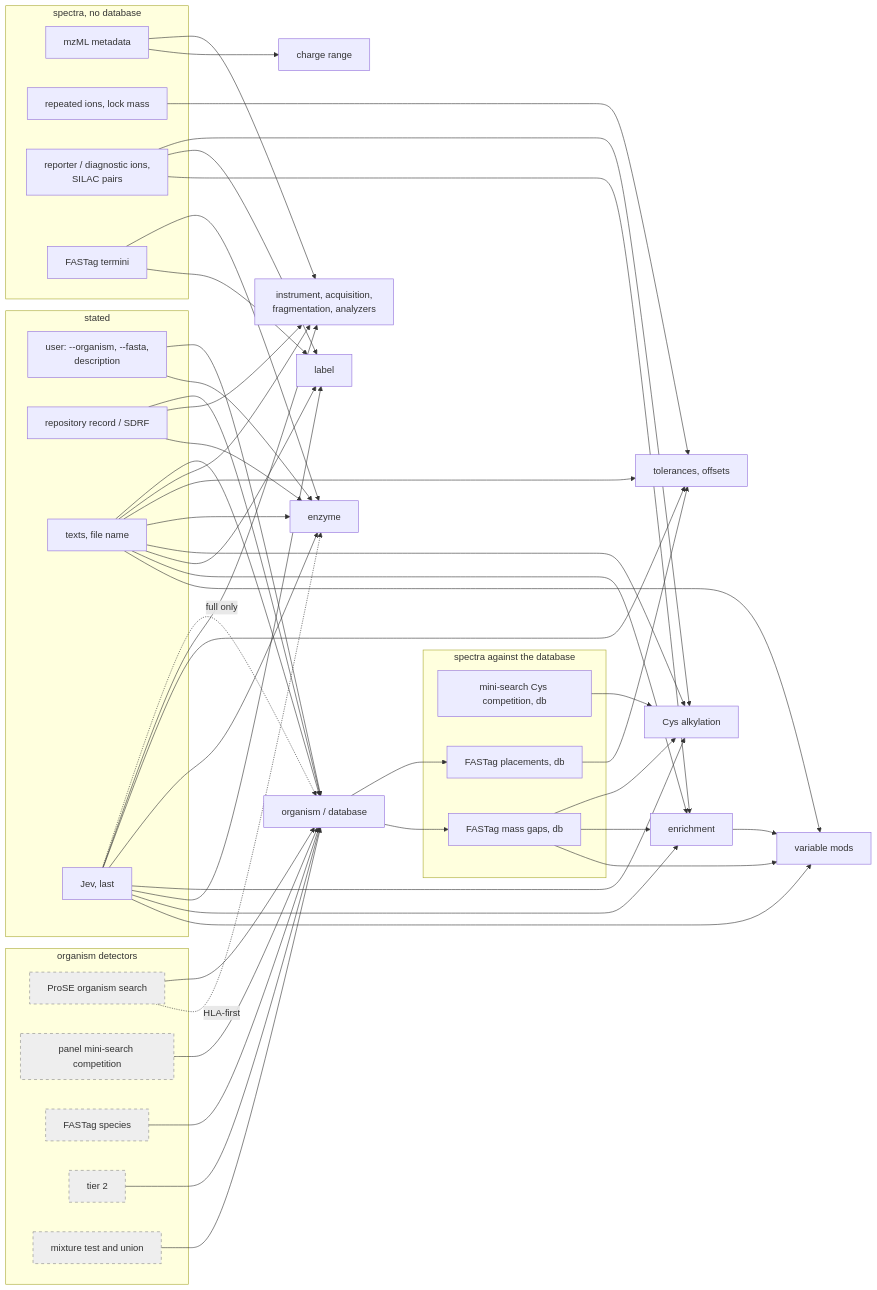
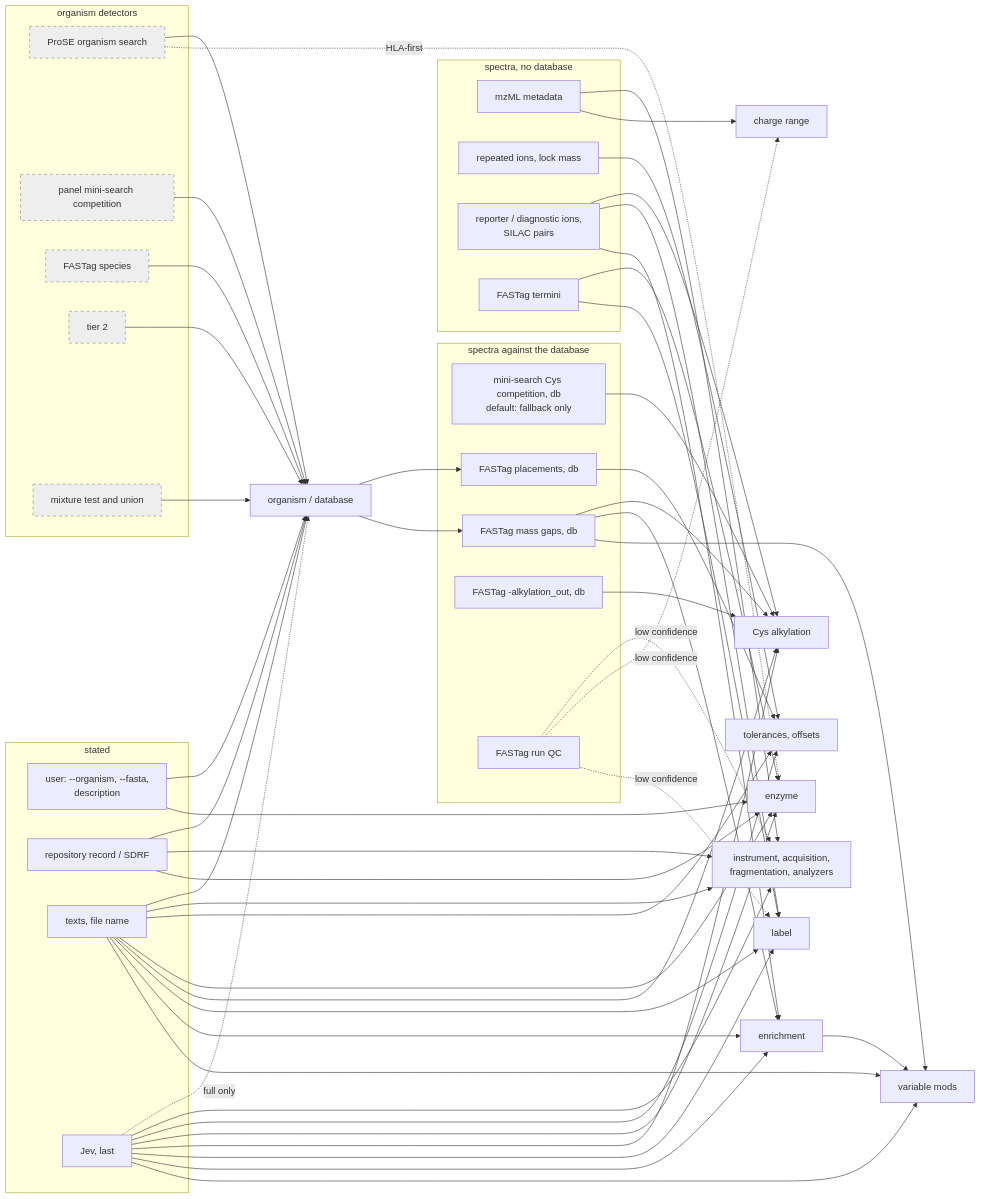
The second of 2 diagrams in docs/decision_flow.md (okohlbacher/prose-auto), drawn with Mermaid before and after one commit. The commit also changed other lines of this file and 19 other files, not shown here.

```diff
--- a/docs/decision_flow.md
+++ b/docs/decision_flow.md
@@ -73,9 +82,11 @@
         TERM[FASTag termini]
     end
     subgraph db[spectra against the database]
-        MINI[mini-search Cys competition, db]
+        MINI[mini-search Cys competition, db<br/>default: fallback only]
         PLACE[FASTag placements, db]
         GAPS[FASTag mass gaps, db]
+        ALK[FASTag -alkylation_out, db]
+        QC[FASTag run QC]
     end
     subgraph orgdet[organism detectors]
         PROSE[ProSE organism search]:::full
@@ -125,6 +136,10 @@
     PROSE -. HLA-first .-> ENZ
 
     DIAG --> CYS
+    ALK --> CYS
+    QC -. low confidence .-> INS
+    QC -. low confidence .-> CHG
+    QC -. low confidence .-> LAB
     MINI --> CYS
     GAPS --> CYS
     TXT --> CYS
```
